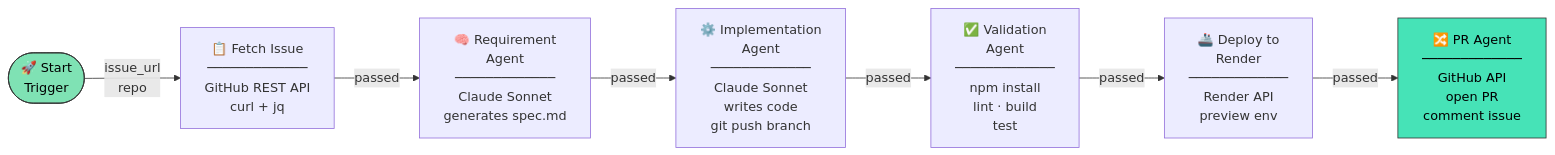
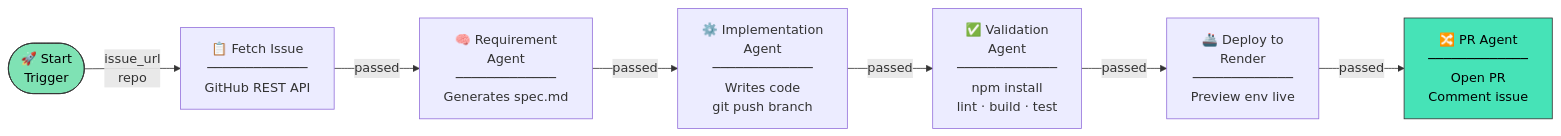
One commit to hongchengw/superplane-render-nyc-hack changed the first of 5 diagrams in README.md. Above: the diagram before and after it, drawn with Mermaid. The commit also changed other lines of this file and 5 other files, not shown here.

First line of the commit message:
fix: secret creation API, agent-friendly UX, repo URL parsing v0.1.1

````diff
--- a/README.md
+++ b/README.md
@@ -66,24 +59,24 @@
 ```mermaid
 flowchart LR
     A([🚀 Start\nTrigger]) -->|issue_url\nrepo| B
 
-    B["📋 Fetch Issue\n─────────────\nGitHub REST API\ncurl + jq"]
+    B["📋 Fetch Issue\n─────────────\nGitHub REST API"]
     B -->|passed| C
 
-    C["🧠 Requirement\nAgent\n─────────────\nClaude Sonnet\ngenerates spec.md"]
+    C["🧠 Requirement\nAgent\n─────────────\nGenerates spec.md"]
     C -->|passed| D
 
-    D["⚙️ Implementation\nAgent\n─────────────\nClaude Sonnet\nwrites code\ngit push branch"]
+    D["⚙️ Implementation\nAgent\n─────────────\nWrites code\ngit push branch"]
     D -->|passed| E
 
-    E["✅ Validation\nAgent\n─────────────\nnpm install\nlint · build\ntest"]
+    E["✅ Validation\nAgent\n─────────────\nnpm install\nlint · build · test"]
     E -->|passed| F
 
-    F["🚢 Deploy to\nRender\n─────────────\nRender API\npreview env"]
+    F["🚢 Deploy to\nRender\n─────────────\nPreview env live"]
     F -->|passed| G
 
-    G["🔀 PR Agent\n─────────────\nGitHub API\nopen PR\ncomment issue"]
+    G["🔀 PR Agent\n─────────────\nOpen PR\nComment issue"]
 
     style A fill:#7fe2b4,stroke:#333,color:#000
     style G fill:#46E3B7,stroke:#333,color:#000
 ```
````
